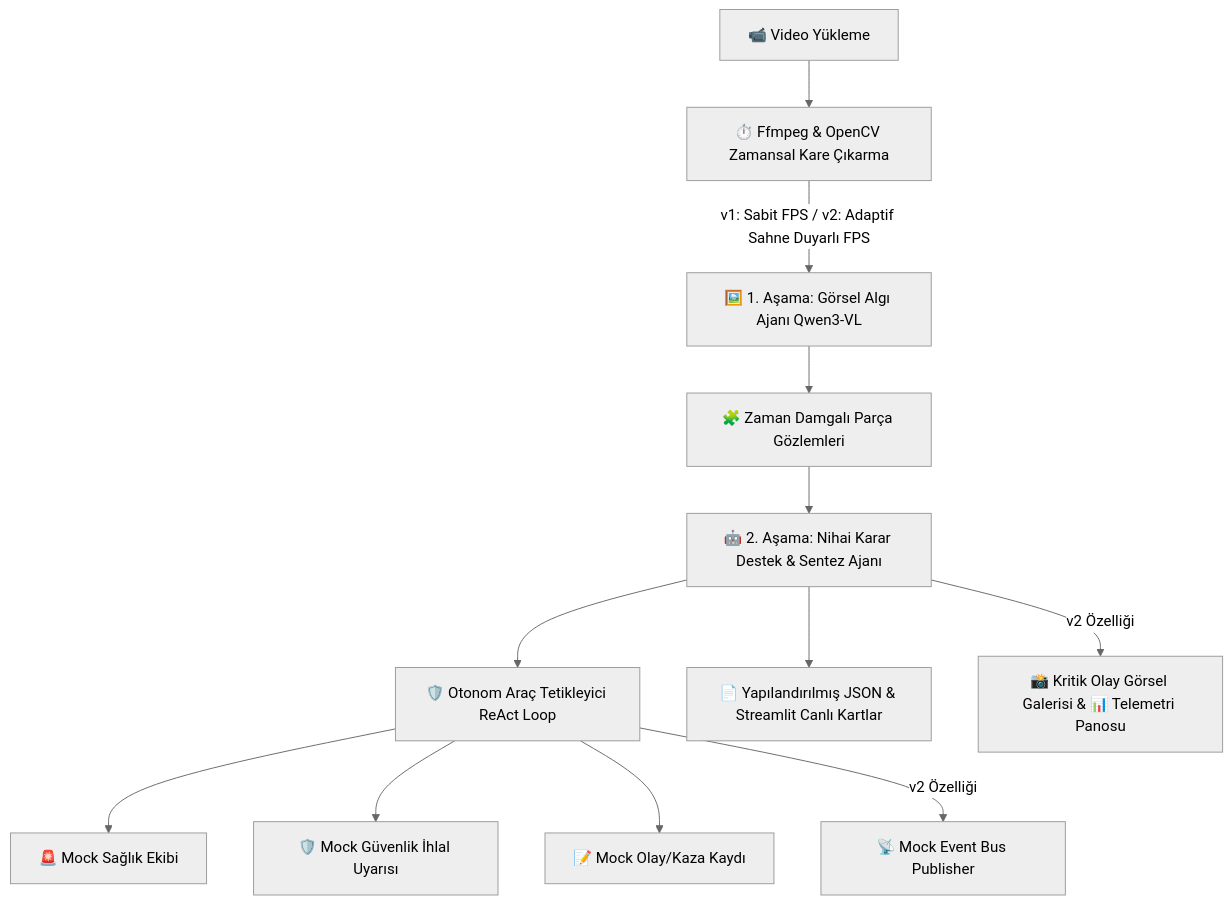
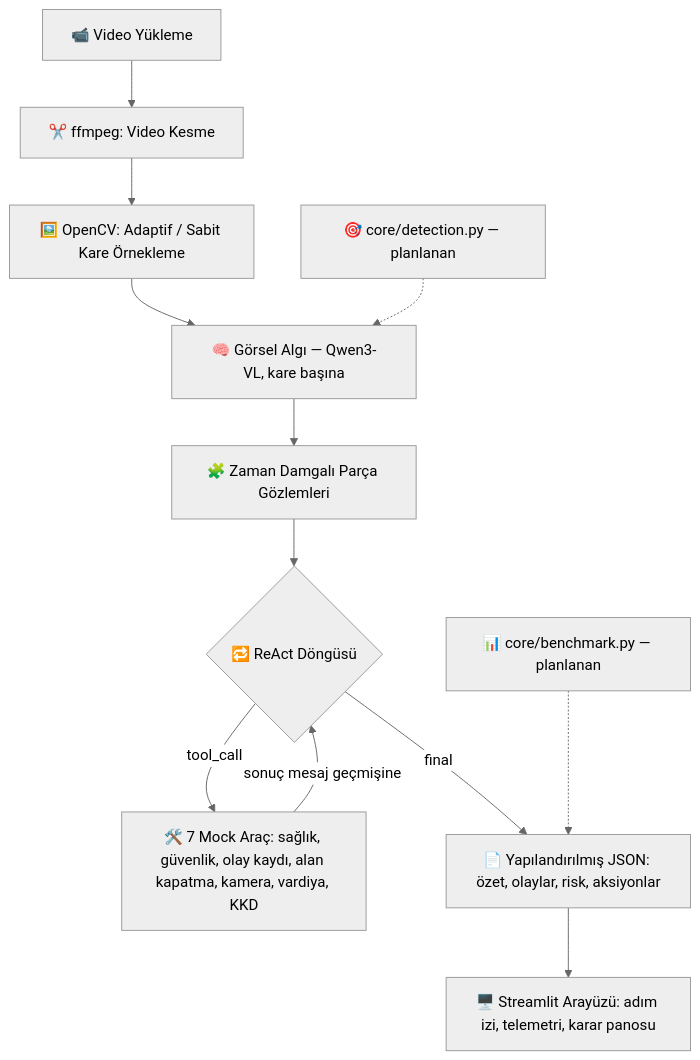
The diagram in README.md (argosturkiyeal-wq/ArgosTeknofestSenaryo3), drawn with Mermaid (neutral theme) before and after one commit. The commit also changed other lines of this file, not shown here.

````diff
--- a/README.md
+++ b/README.md
@@ -36,14 +22,15 @@
 ```mermaid
 graph TD
-    A[📹 Video Yükleme] --> B[⏱️ Ffmpeg & OpenCV Zamansal Kare Çıkarma]
-    B -->|v1: Sabit FPS / v2: Adaptif Sahne Duyarlı FPS| C[🖼️ 1. Aşama: Görsel Algı Ajanı Qwen3-VL]
-    C --> D[🧩 Zaman Damgalı Parça Gözlemleri]
-    D --> E[🤖 2. Aşama: Nihai Karar Destek & Sentez Ajanı]
-    E --> F[🛡️ Otonom Araç Tetikleyici ReAct Loop]
-    F --> G[🚨 Mock Sağlık Ekibi]
-    F --> H[🛡️ Mock Güvenlik İhlal Uyarısı]
-    F --> I[📝 Mock Olay/Kaza Kaydı]
-    F -->|v2 Özelliği| K[📡 Mock Event Bus Publisher]
-    E --> J[📄 Yapılandırılmış JSON & Streamlit Canlı Kartlar]
-    E -->|v2 Özelliği| L[📸 Kritik Olay Görsel Galerisi & 📊 Telemetri Panosu]
+    A[📹 Video Yükleme] --> B[✂️ ffmpeg: Video Kesme]
+    B --> C[🖼️ OpenCV: Adaptif / Sabit Kare Örnekleme]
+    C --> D[🧠 Görsel Algı — Qwen3-VL, kare başına]
+    D --> E[🧩 Zaman Damgalı Parça Gözlemleri]
+    E --> F{🔁 ReAct Döngüsü}
+    F -->|tool_call| G[🛠️ 7 Mock Araç: sağlık, güvenlik, olay kaydı, alan kapatma, kamera, vardiya, KKD]
+    G -->|sonuç mesaj geçmişine| F
+    F -->|final| H[📄 Yapılandırılmış JSON: özet, olaylar, risk, aksiyonlar]
+    H --> I[🖥️ Streamlit Arayüzü: adım izi, telemetri, karar panosu]
+
+    J[🎯 core/detection.py — planlanan] -.-> D
+    K[📊 core/benchmark.py — planlanan] -.-> H
 ```
````
